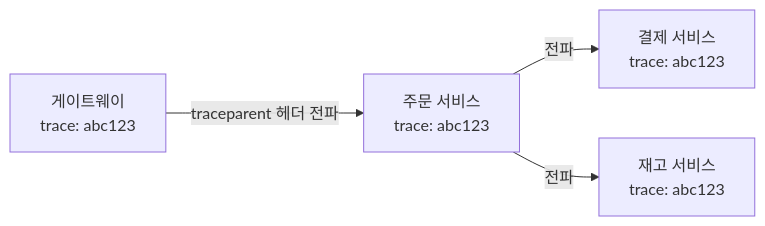
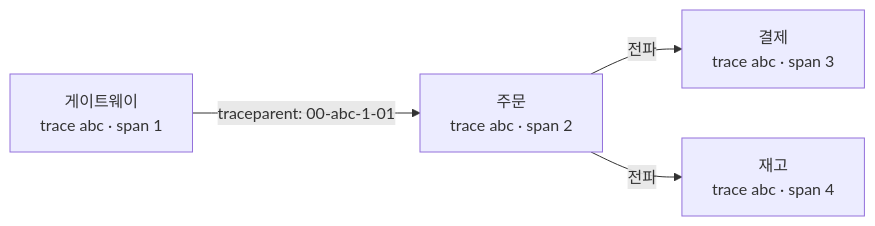
The second of 2 diagrams in _posts/2026-01-15-springboot-observability.md (parksangji/parksangji.github.io), drawn with Mermaid before and after one commit. The commit also changed other lines of this file and 22 other files, not shown here.

````diff
--- a/_posts/2026-01-15-springboot-observability.md
+++ b/_posts/2026-01-15-springboot-observability.md
@@ -62,6 +161,6 @@
 ```mermaid
 flowchart LR
-    A["게이트웨이<br/>trace: abc123"] -->|traceparent 헤더 전파| B["주문 서비스<br/>trace: abc123"]
-    B -->|전파| C["결제 서비스<br/>trace: abc123"]
-    B -->|전파| D["재고 서비스<br/>trace: abc123"]
+    A["게이트웨이<br/>trace abc · span 1"] -->|"traceparent: 00-abc-1-01"| B["주문<br/>trace abc · span 2"]
+    B -->|전파| C["결제<br/>trace abc · span 3"]
+    B -->|전파| D["재고<br/>trace abc · span 4"]
 ```
````
